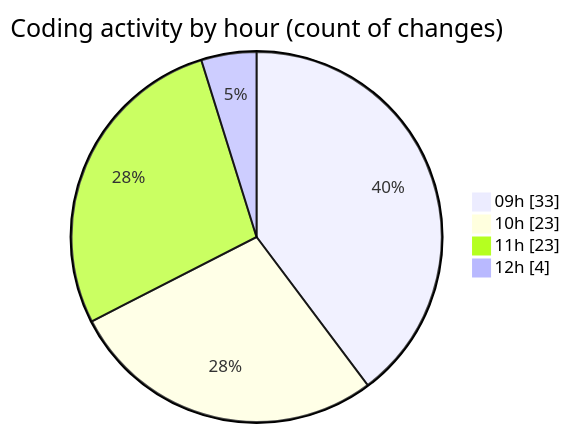
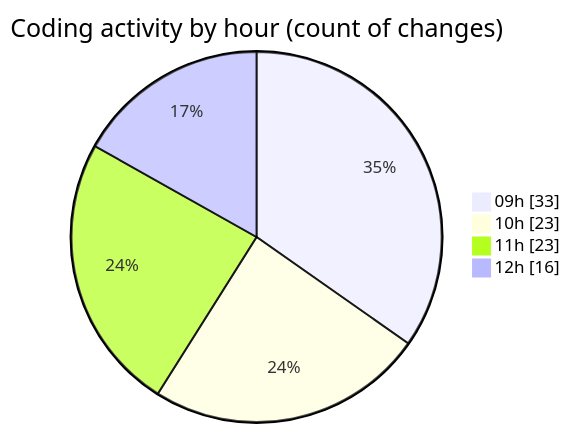
One commit to CELIANVF/code-tracking changed the second of 2 diagrams in 2025-05-20/ecodeli-1/README.md. Above: the diagram before and after it, drawn with Mermaid. The commit also changed other lines of this file and 1 other file, not shown here.

````diff
--- a/2025-05-20/ecodeli-1/README.md
+++ b/2025-05-20/ecodeli-1/README.md
@@ -60,8 +64,8 @@
 ```mermaid
 pie showData
 title Coding activity by hour (count of changes)
 "09h" : 33
 "10h" : 23
 "11h" : 23
-"12h" : 4
+"12h" : 16
 ```
````
